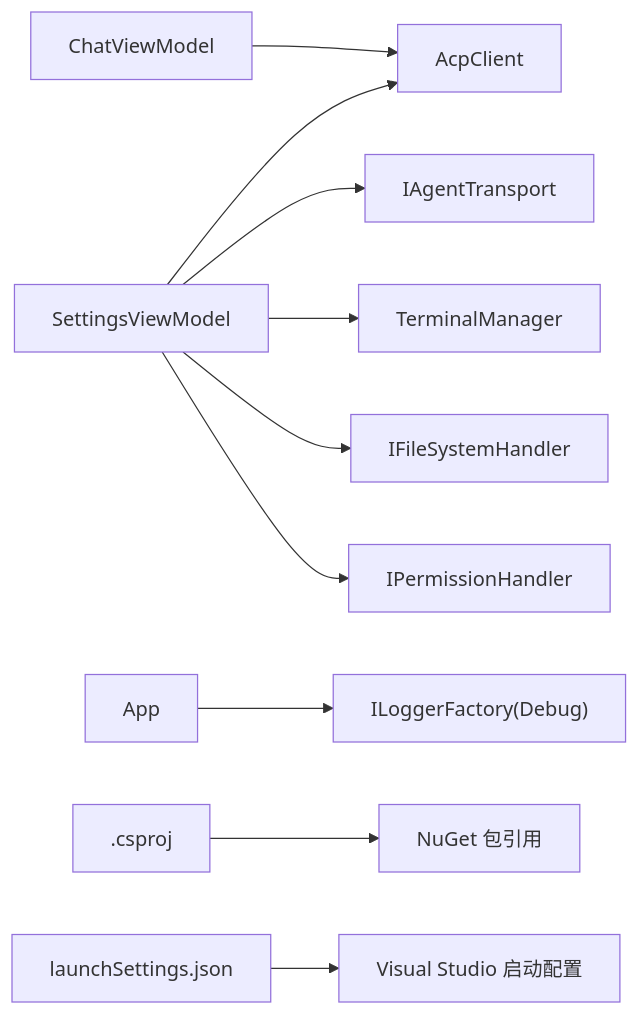
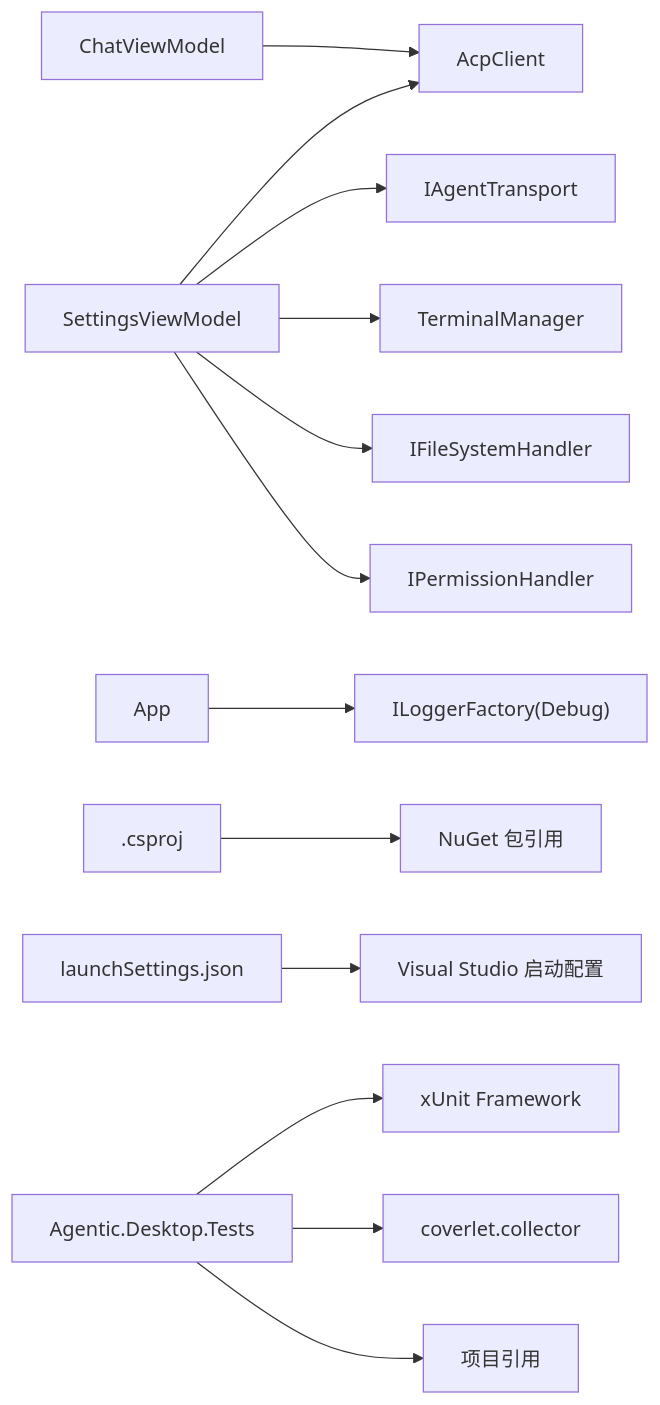
Before and after one commit to AgenticDesktop/App: the sixth of 6 diagrams in .qoder/repowiki/zh/content/开发指南/调试测试.md, drawn with Mermaid. The commit also changed other lines of this file and 108 other files, not shown here.

````diff
--- a/.qoder/repowiki/zh/content/开发指南/调试测试.md
+++ b/.qoder/repowiki/zh/content/开发指南/调试测试.md
@@ -297,12 +363,15 @@
 ```mermaid
 graph LR
 SV["SettingsViewModel"] --> AC["AcpClient"]
 SV --> TR["IAgentTransport"]
 SV --> TM["TerminalManager"]
 SV --> FS["IFileSystemHandler"]
 SV --> PH["IPermissionHandler"]
 CV["ChatViewModel"] --> AC
 APP["App"] --> LOG["ILoggerFactory(Debug)"]
 PROJ[".csproj"] --> NUGET["NuGet 包引用"]
 LS["launchSettings.json"] --> VS["Visual Studio 启动配置"]
+TESTS["Agentic.Desktop.Tests"] --> XUNIT["xUnit Framework"]
+TESTS --> COVERLET["coverlet.collector"]
+TESTS --> PROJ_REF["项目引用"]
 ```
````
